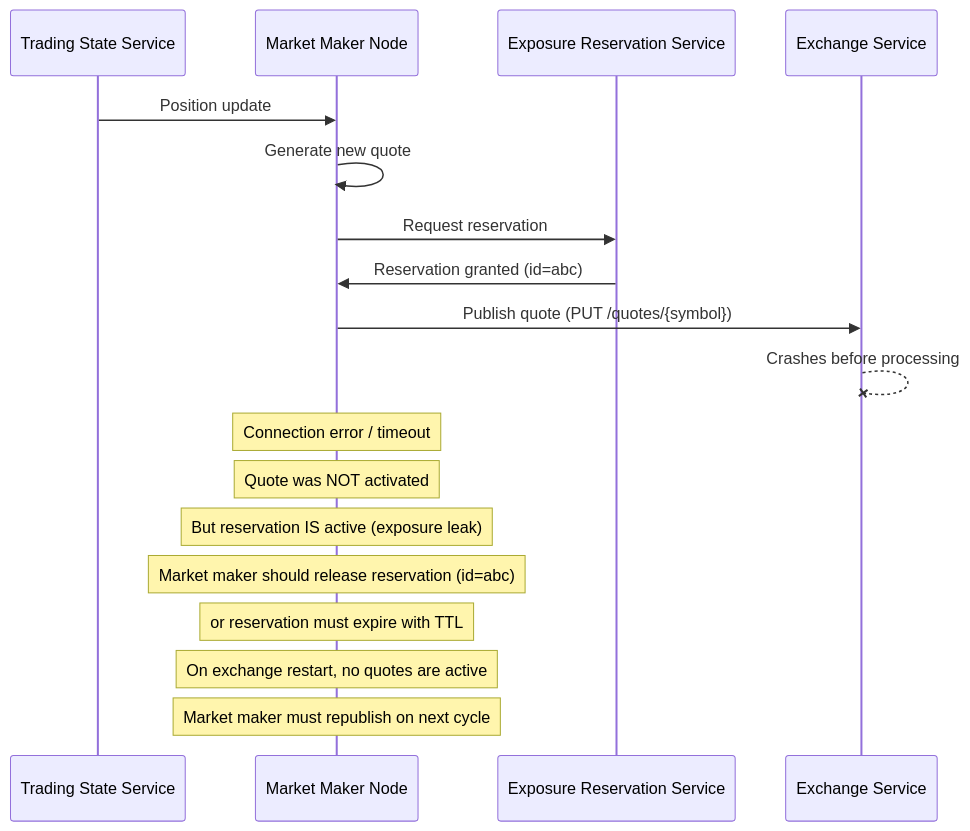
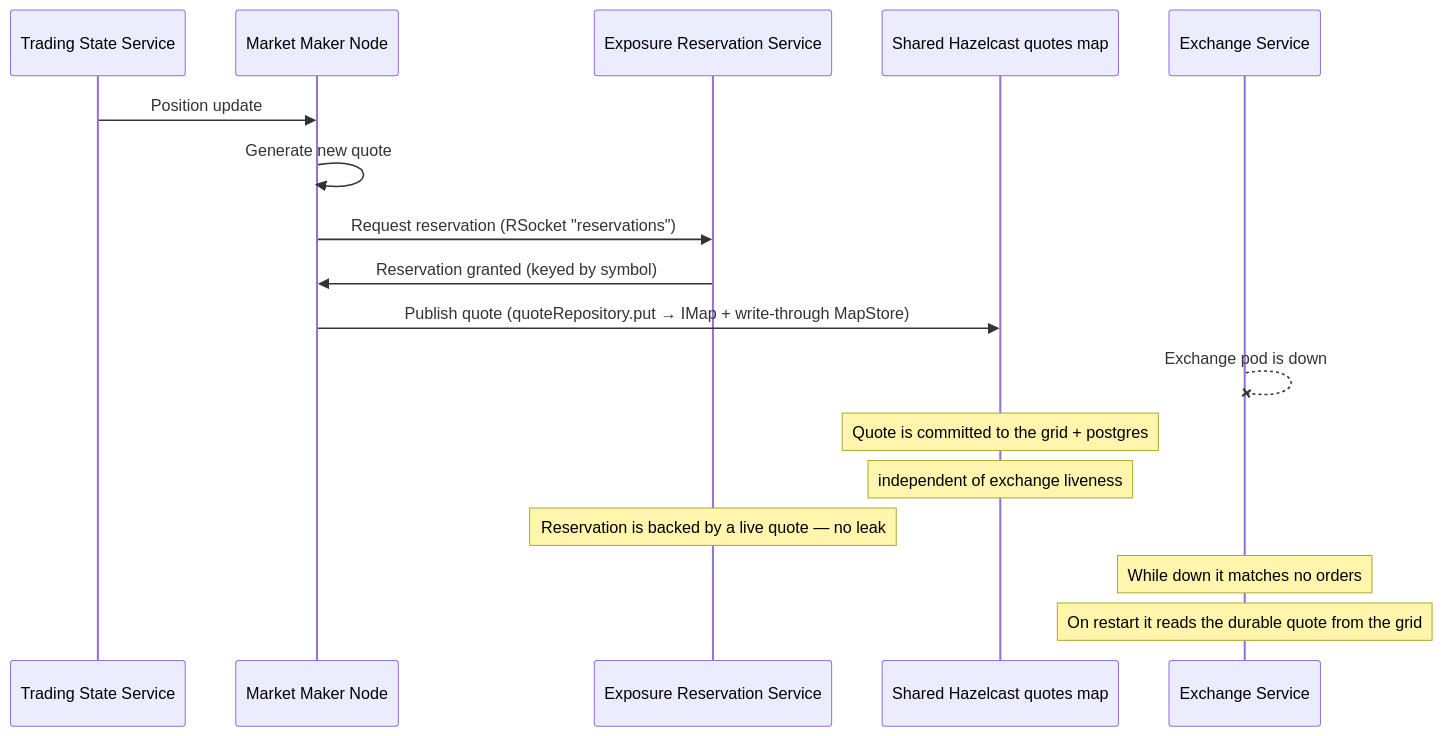
Before and after one commit to S26-Distributed-Capstone/Velocity-Trading: the seventh of 11 diagrams in docs/error-cases.md, drawn with Mermaid. The commit also changed other lines of this file and 1 other file, not shown here.

````diff
--- a/docs/error-cases.md
+++ b/docs/error-cases.md
@@ -133,20 +134,19 @@
 ```mermaid
 sequenceDiagram
   participant state as Trading State Service
   participant maker as Market Maker Node
   participant reservation as Exposure Reservation Service
+  participant grid as Shared Hazelcast quotes map
   participant exchange as Exchange Service
   state->>maker: Position update
   maker->>maker: Generate new quote
-  maker->>reservation: Request reservation
-  reservation->>maker: Reservation granted (id=abc)
-  maker->>exchange: Publish quote (PUT /quotes/{symbol})
-  exchange--xexchange: Crashes before processing
-  Note over maker: Connection error / timeout
-  Note over maker: Quote was NOT activated
-  Note over maker: But reservation IS active (exposure leak)
-  Note over maker: Market maker should release reservation (id=abc)
-  Note over maker: or reservation must expire with TTL
-  Note over maker: On exchange restart, no quotes are active
-  Note over maker: Market maker must republish on next cycle
+  maker->>reservation: Request reservation (RSocket "reservations")
+  reservation->>maker: Reservation granted (keyed by symbol)
+  maker->>grid: Publish quote (quoteRepository.put → IMap + write-through MapStore)
+  exchange--xexchange: Exchange pod is down
+  Note over grid: Quote is committed to the grid + postgres
+  Note over grid: independent of exchange liveness
+  Note over reservation: Reservation is backed by a live quote — no leak
+  Note over exchange: While down it matches no orders
+  Note over exchange: On restart it reads the durable quote from the grid
 ```
````
